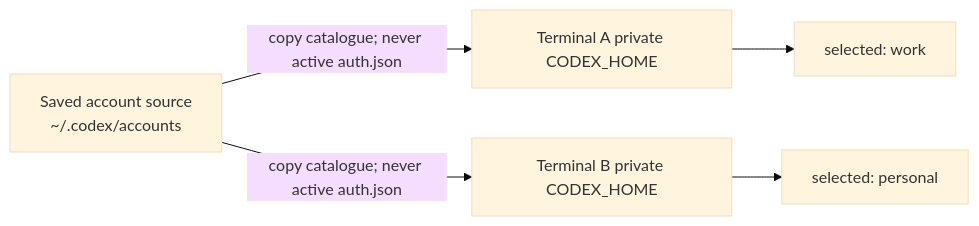
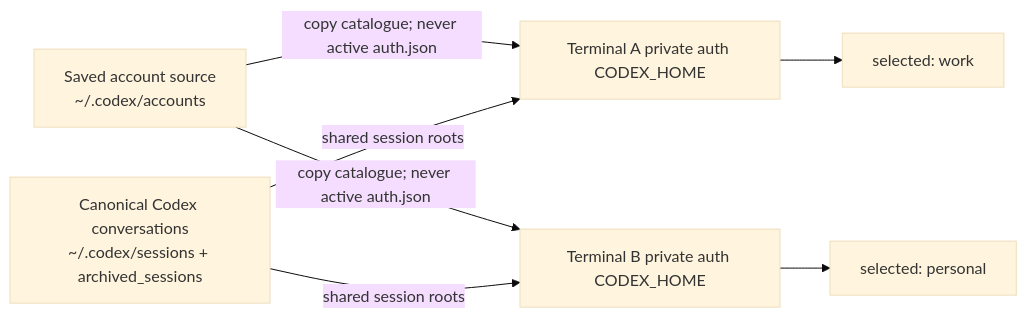
Before and after one commit to streetquant/TerminalBrowser: the third of 8 diagrams in docs/codex-claude-workflow.md, drawn with Mermaid (base theme). The commit also changed other lines of this file and 38 other files, not shown here.

````diff
--- a/docs/codex-claude-workflow.md
+++ b/docs/codex-claude-workflow.md
@@ -113,7 +113,9 @@
 ```mermaid
 flowchart LR
-    G["Saved account source\n~/.codex/accounts"] -->|copy catalogue; never active auth.json| H1["Terminal A private CODEX_HOME"]
-    G -->|copy catalogue; never active auth.json| H2["Terminal B private CODEX_HOME"]
+    G["Saved account source\n~/.codex/accounts"] -->|copy catalogue; never active auth.json| H1["Terminal A private auth CODEX_HOME"]
+    G -->|copy catalogue; never active auth.json| H2["Terminal B private auth CODEX_HOME"]
+    S["Canonical Codex conversations\n~/.codex/sessions + archived_sessions"] -->|shared session roots| H1
+    S -->|shared session roots| H2
     H1 --> A1["selected: work"]
     H2 --> A2["selected: personal"]
 ```
````
